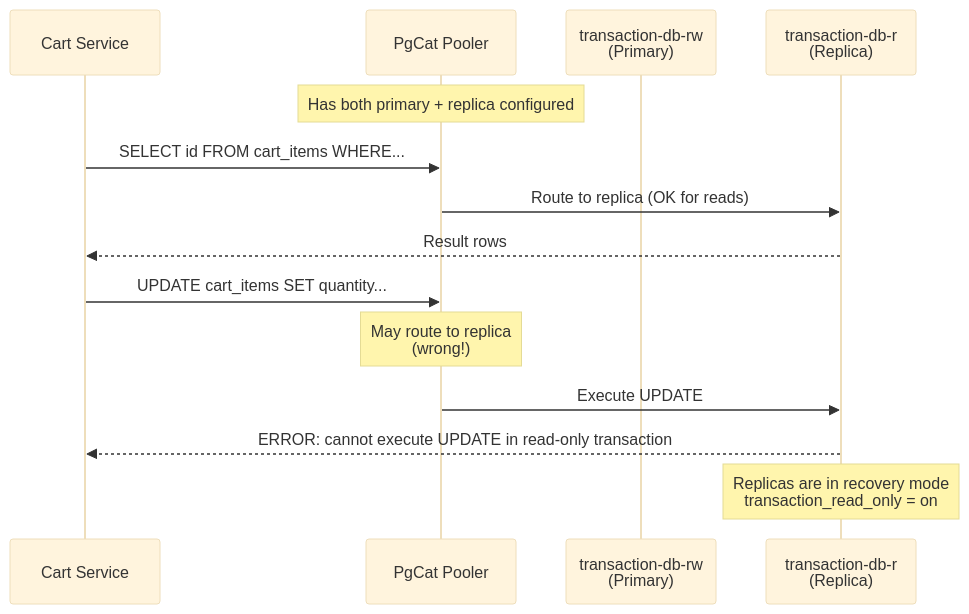
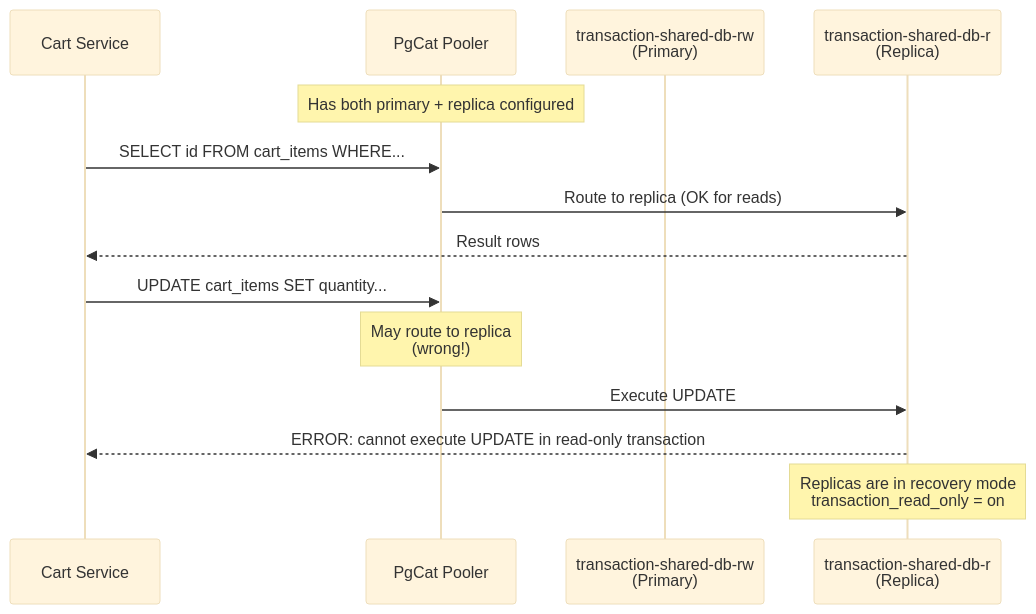
Before and after one commit to duynhlab/homelab: the diagram in docs/runbooks/troubleshooting/pgcat_read_only_transaction_error.md, drawn with Mermaid (base theme). The commit also changed other lines of this file and 11 other files, not shown here.

````diff
--- a/docs/runbooks/troubleshooting/pgcat_read_only_transaction_error.md
+++ b/docs/runbooks/troubleshooting/pgcat_read_only_transaction_error.md
@@ -24,20 +24,20 @@
 ```mermaid
 sequenceDiagram
     participant App as Cart Service
     participant PgCat as PgCat Pooler
-    participant Primary as transaction-db-rw<br/>(Primary)
-    participant Replica as transaction-db-r<br/>(Replica)
+    participant Primary as transaction-shared-db-rw<br/>(Primary)
+    participant Replica as transaction-shared-db-r<br/>(Replica)
     
     Note over PgCat: Has both primary + replica configured
     
     App->>PgCat: SELECT id FROM cart_items WHERE...
     PgCat->>Replica: Route to replica (OK for reads)
     Replica-->>App: Result rows
     
     App->>PgCat: UPDATE cart_items SET quantity...
     Note over PgCat: May route to replica<br/>(wrong!)
     PgCat->>Replica: Execute UPDATE
     Replica-->>App: ERROR: cannot execute UPDATE in read-only transaction
     
     Note over Replica: Replicas are in recovery mode<br/>transaction_read_only = on
 ```
````
